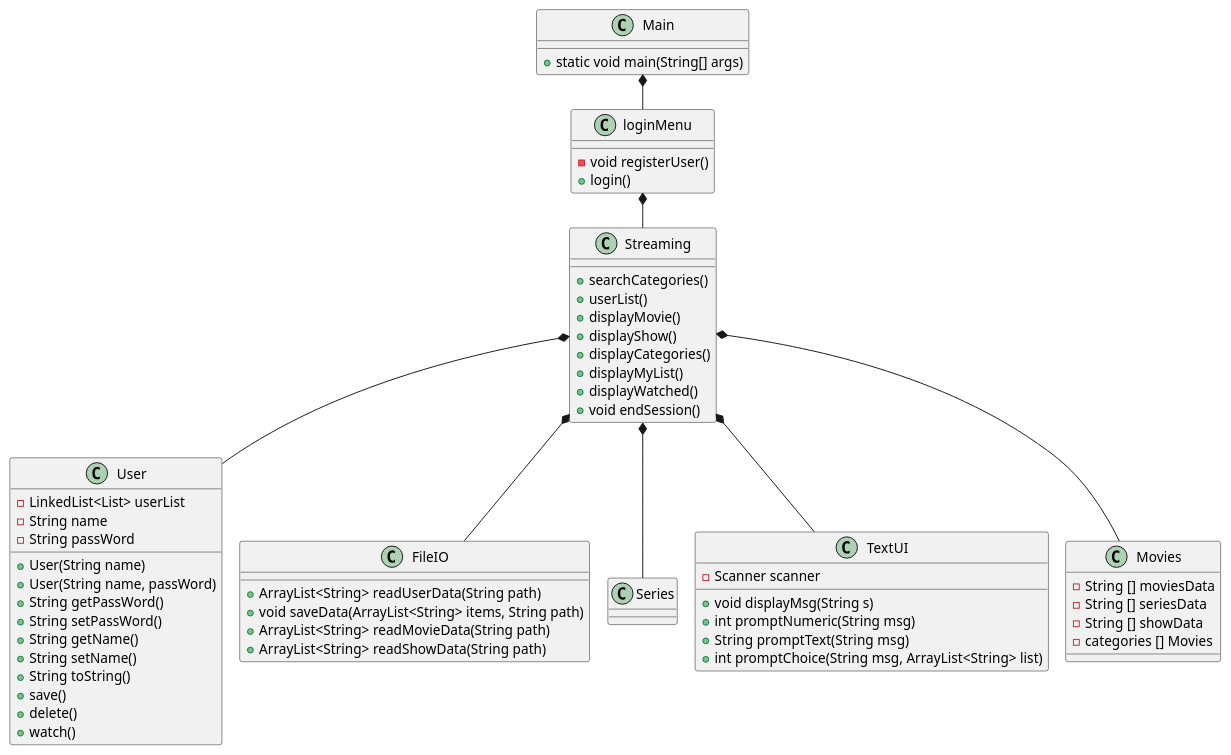
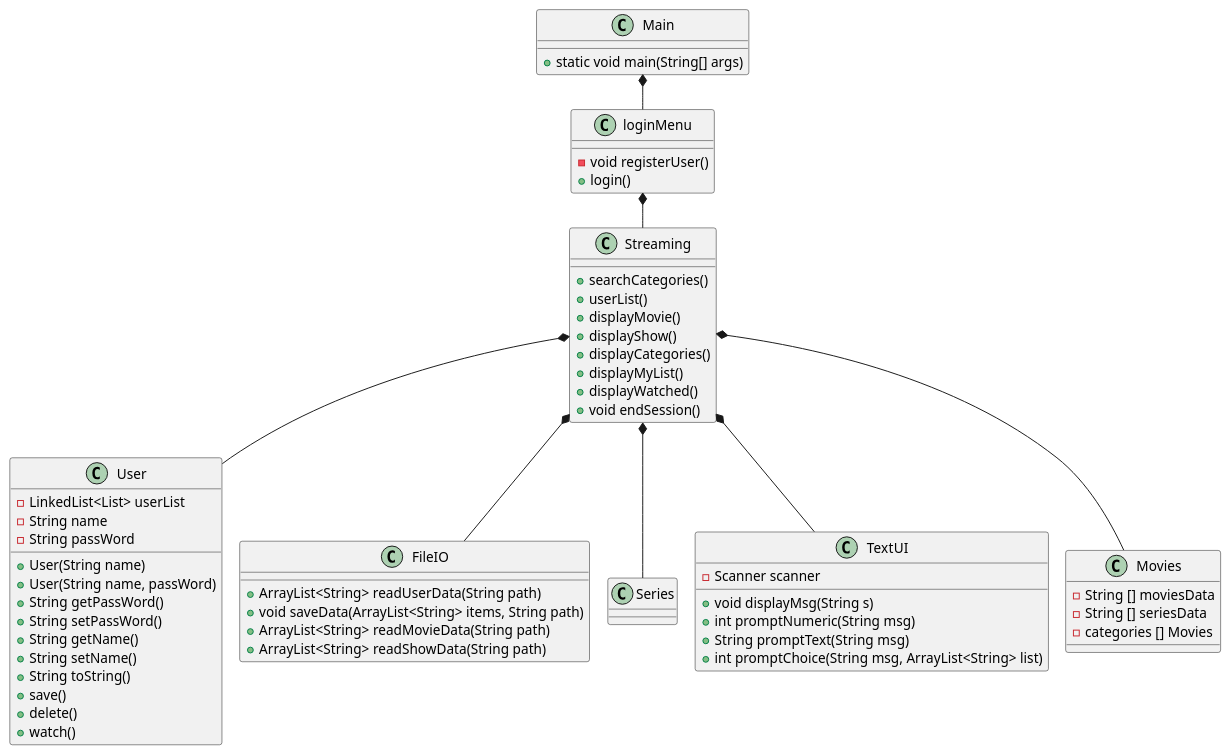
One commit to ABrondbjerg/Streaming-SP3 changed the diagram in doc/ClassDiagramV1.puml. Above: the diagram before and after it, drawn with PlantUML. The commit also changed 4 other files, not shown here.

```diff
--- a/doc/ClassDiagramV1.puml
+++ b/doc/ClassDiagramV1.puml
@@ -1,76 +1,75 @@
 @startuml
 !pragma layout smetana
 
 class Main{
 + static void main(String[] args)
 }
 class loginMenu{
 - void registerUser()
 + login()
 }
 class Streaming{
 + searchCategories()
 + userList()
 + displayMovie()
 + displayShow()
 + displayCategories()
 + displayMyList()
 + displayWatched()
 
 
  + void endSession()
 }
 
 class User{
 - LinkedList<List> userList
 - String name
 -String passWord
 + User(String name)
 + User(String name, passWord)
 + String getPassWord()
 + String setPassWord()
 + String getName()
 + String setName()
 + String toString()
 + save()
 + delete()
 + watch()
 }
 class FileIO{
 + ArrayList<String> readUserData(String path)
 + void saveData(ArrayList<String> items, String path)
 + ArrayList<String> readMovieData(String path)
 + ArrayList<String> readShowData(String path)
 }
 class Series{
 
 }
 
 class TextUI{
 - Scanner scanner
 + void displayMsg(String s)
 + int promptNumeric(String msg)
 + String promptText(String msg)
 + int promptChoice(String msg, ArrayList<String> list)
 }
 
 class Movies{
 - String [] moviesData
 -String [] seriesData
-- String [] showData
 - categories [] Movies
 
 }
 
 
 
 Main *-- loginMenu
 loginMenu *-- Streaming
 Streaming *-- TextUI
 Streaming *-- Movies
 Streaming *-- User
 Streaming *-- FileIO
 Streaming *-- Series
 
 
 @enduml
```
